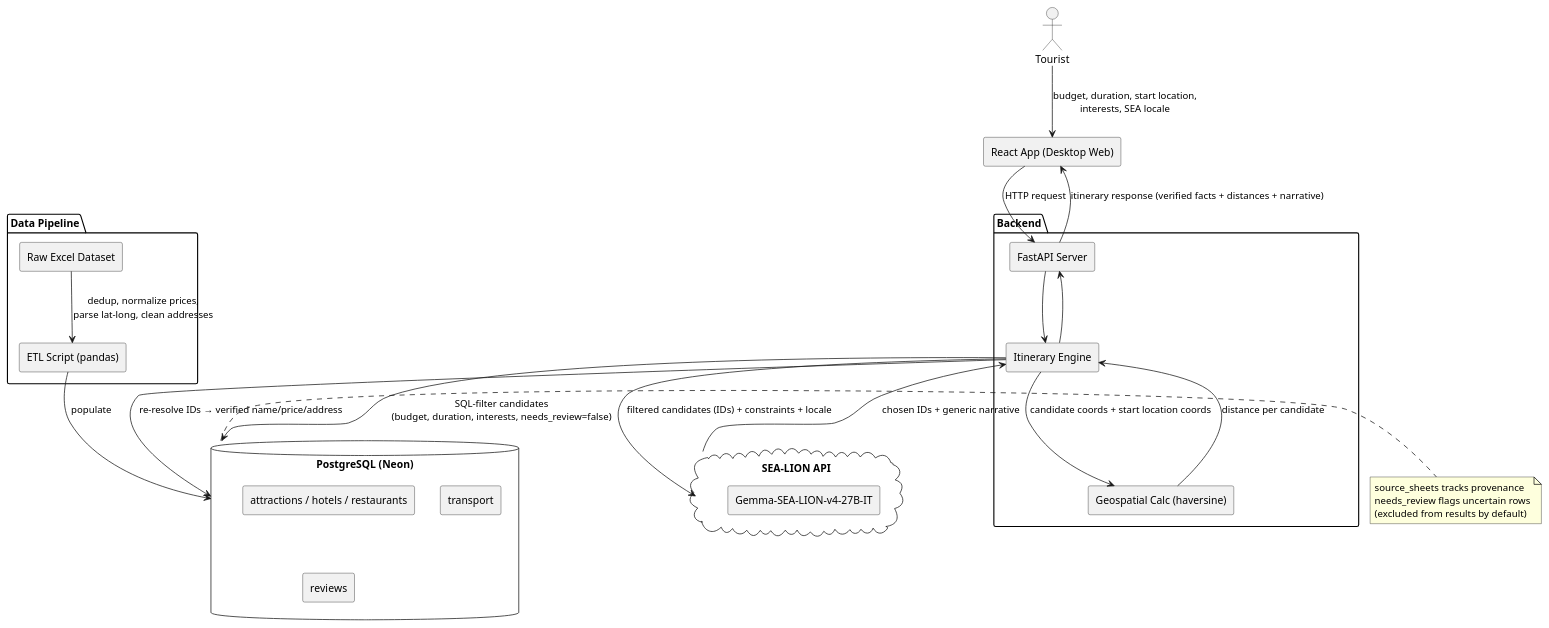
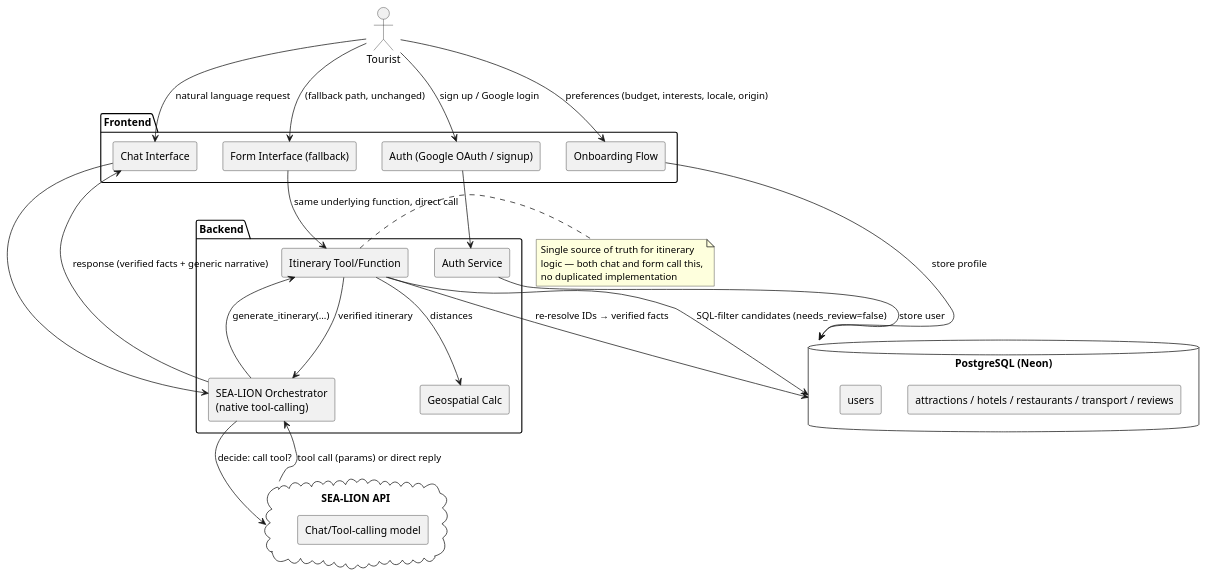
One commit to Given238/LocAI-IT-Del-Giteren changed the diagram in CLAUDE.md. Above: the diagram before and after it, drawn with PlantUML. The commit also changed other lines of this file and 14 other files, not shown here.

````diff
--- a/CLAUDE.md
+++ b/CLAUDE.md
@@ -142,53 +159,59 @@
 ```plantuml
-@startuml LocAI_Architecture
+@startuml LocAI_Architecture_v2
 
 skinparam componentStyle rectangle
 
 actor Tourist
 
-[React App (Desktop Web)] as Frontend
+package "Frontend" {
+  [Chat Interface] as Chat
+  [Form Interface (fallback)] as Form
+  [Onboarding Flow] as Onboarding
+  [Auth (Google OAuth / signup)] as Auth
+}
 
 package "Backend" {
-  [FastAPI Server] as API
-  [Itinerary Engine] as Engine
-  [Geospatial Calc (haversine)] as Geo
+  [SEA-LION Orchestrator\n(native tool-calling)] as Orchestrator
+  [Itinerary Tool/Function] as ItineraryTool
+  [Geospatial Calc] as Geo
+  [Auth Service] as AuthAPI
 }
 
 database "PostgreSQL (Neon)" as DB {
-  [attractions / hotels / restaurants]
-  [transport]
-  [reviews]
-}
-
-package "Data Pipeline" {
-  [Raw Excel Dataset] as Raw
-  [ETL Script (pandas)] as ETL
+  [attractions / hotels / restaurants / transport / reviews]
+  [users]
 }
 
 cloud "SEA-LION API" as LLM {
-  [Gemma-SEA-LION-v4-27B-IT]
+  [Chat/Tool-calling model]
 }
 
-Tourist --> Frontend : budget, duration, start location,\ninterests, SEA locale
-Frontend --> API : HTTP request
-API --> Engine
-Engine --> DB : SQL-filter candidates\n(budget, duration, interests, needs_review=false)
-Engine --> Geo : candidate coords + start location coords
-Geo --> Engine : distance per candidate
-Engine --> LLM : filtered candidates (IDs) + constraints + locale
-LLM --> Engine : chosen IDs + generic narrative
-Engine --> DB : re-resolve IDs → verified name/price/address
-Engine --> API
-API --> Frontend : itinerary response (verified facts + distances + narrative)
+Tourist --> Auth : sign up / Google login
+Auth --> AuthAPI
+AuthAPI --> DB : store user
 
-Raw --> ETL : dedup, normalize prices,\nparse lat-long, clean addresses
-ETL --> DB : populate
+Tourist --> Onboarding : preferences (budget, interests, locale, origin)
+Onboarding --> DB : store profile
 
-note right of DB
-  source_sheets tracks provenance
-  needs_review flags uncertain rows
-  (excluded from results by default)
+Tourist --> Chat : natural language request
+Chat --> Orchestrator
+Orchestrator --> LLM : decide: call tool?
+LLM --> Orchestrator : tool call (params) or direct reply
+Orchestrator --> ItineraryTool : generate_itinerary(...)
+ItineraryTool --> DB : SQL-filter candidates (needs_review=false)
+ItineraryTool --> Geo : distances
+ItineraryTool --> DB : re-resolve IDs → verified facts
+ItineraryTool --> Orchestrator : verified itinerary
+Orchestrator --> Chat : response (verified facts + generic narrative)
+
+Tourist --> Form : (fallback path, unchanged)
+Form --> ItineraryTool : same underlying function, direct call
+
+note right of ItineraryTool
+  Single source of truth for itinerary
+  logic — both chat and form call this,
+  no duplicated implementation
 end note
 
 @enduml
 ```
````
